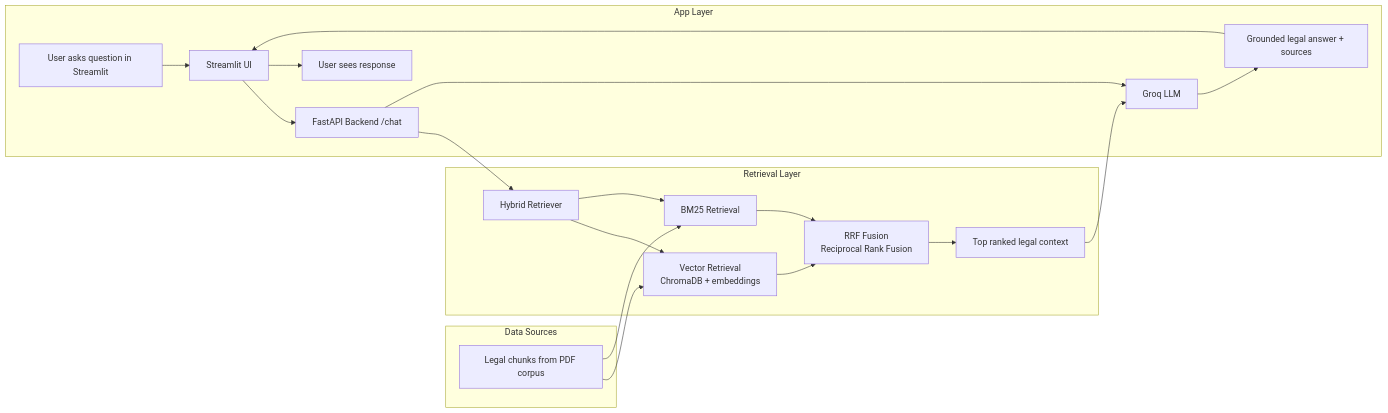
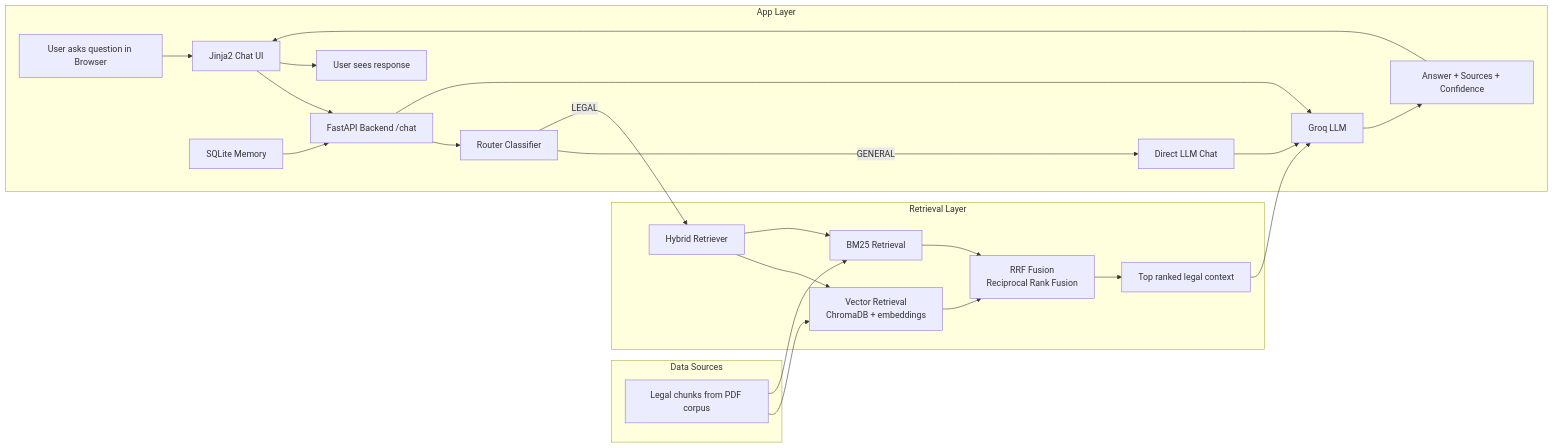
One commit to SandeshPanthi/Nepali-Legal-Chatbot changed the diagram in README.md. Above: the diagram before and after it, drawn with Mermaid. The commit also changed other lines of this file and 1 other file, not shown here.

````diff
--- a/README.md
+++ b/README.md
@@ -222,44 +17,53 @@
 ```mermaid
 flowchart LR
-    A[User asks question in Streamlit] --> B[Streamlit UI]
+    A[User asks question in Browser] --> B[Jinja2 Chat UI]
     B --> C[FastAPI Backend /chat]
-    C --> D[Hybrid Retriever]
+    C --> D[Router Classifier]
 
-    D --> E[Vector Retrieval\nChromaDB + embeddings]
-    D --> F[BM25 Retrieval]
+    D -->|GENERAL| E[Direct LLM Chat]
+    D -->|LEGAL| F[Hybrid Retriever]
 
-    G[Legal chunks from PDF corpus] --> E
-    G --> F
+    F --> G[Vector Retrieval<br/>ChromaDB + embeddings]
+    F --> H[BM25 Retrieval]
 
-    E --> H[RRF Fusion\nReciprocal Rank Fusion]
-    F --> H
+    I[Legal chunks from PDF corpus] --> G
+    I --> H
 
-    H --> I[Top ranked legal context]
-    C --> J[Groq LLM]
-    I --> J
+    G --> J[RRF Fusion<br/>Reciprocal Rank Fusion]
+    H --> J
 
-    J --> K[Grounded legal answer + sources]
-    K --> B
-    B --> L[User sees response]
+    J --> K[Top ranked legal context]
+    C --> L[Groq LLM]
+    K --> L
+    E --> L
+
+    L --> M[Answer + Sources + Confidence]
+    M --> B
+    B --> N[User sees response]
+
+    O[SQLite Memory] --> C
 
     subgraph Data Sources
-        G
+        I
     end
 
     subgraph Retrieval Layer
-        D
-        E
         F
+        G
         H
-        I
+        J
+        K
     end
 
     subgraph App Layer
         A
         B
         C
-        J
-        K
+        D
+        E
         L
+        M
+        N
+        O
     end
 ```
````
